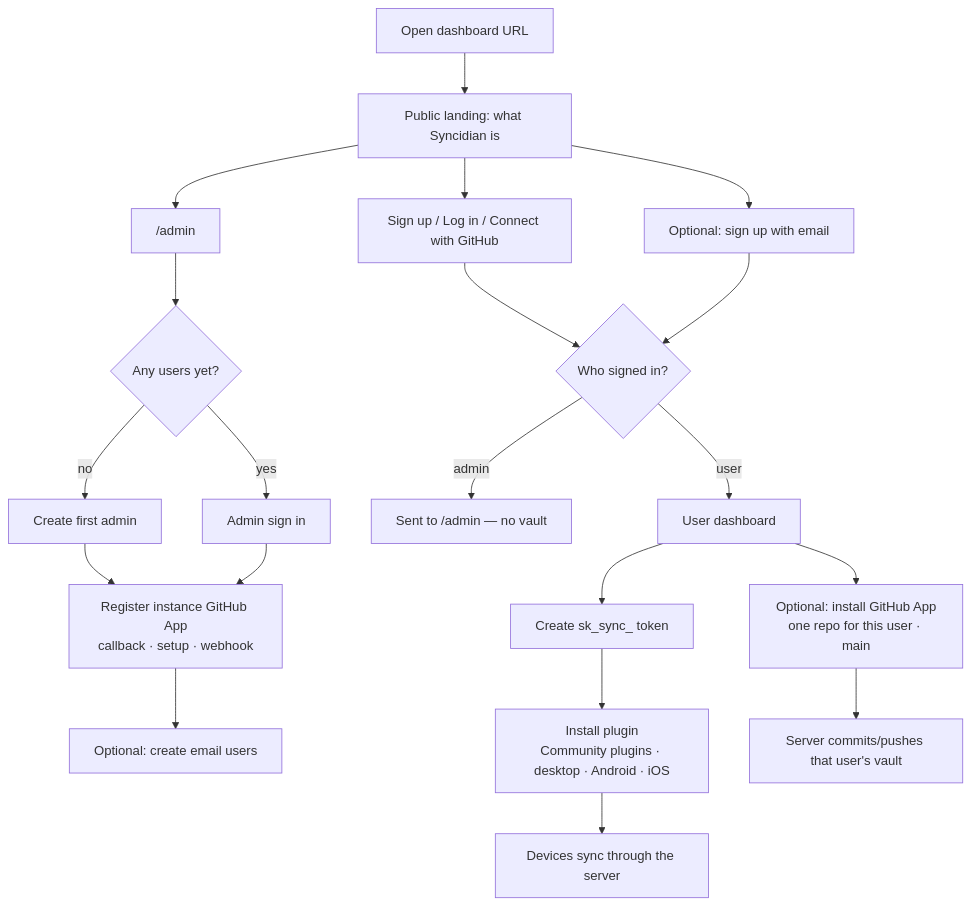
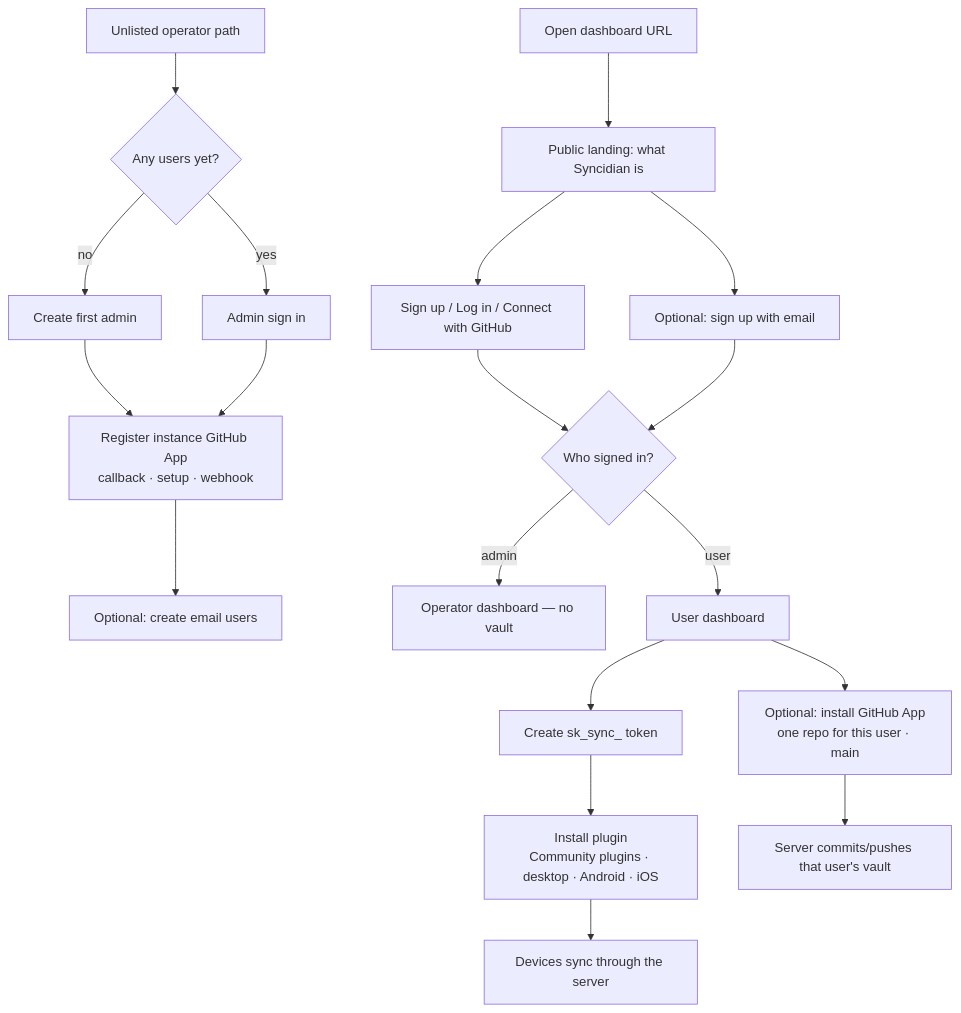
The second of 7 diagrams in README.md (shangeethsivan/Syncidian), drawn with Mermaid before and after one commit. The commit also changed other lines of this file and 15 other files, not shown here.

Commit message:
Hide operator and stats surfaces so the public site stays a simple GitHub-first landing.

````diff
--- a/README.md
+++ b/README.md
@@ -234,24 +234,22 @@
 ```mermaid
 flowchart TD
   Open["Open dashboard URL"] --> Land["Public landing: what Syncidian is"]
   Land --> GHSign["Sign up / Log in / Connect with GitHub"]
   Land --> Email["Optional: sign up with email"]
-  Land --> AdminLink["/admin"]
-
-  AdminLink --> First{"Any users yet?"}
+  Ops["Unlisted operator path"] --> First{"Any users yet?"}
   First -->|no| Admin["Create first admin"]
   First -->|yes| AdminLogin["Admin sign in"]
   Admin --> App["Register instance GitHub App<br/>callback · setup · webhook"]
   AdminLogin --> App
   App --> Users["Optional: create email users"]
 
   GHSign --> Role{"Who signed in?"}
   Email --> Role
-  Role -->|admin| AdminHome["Sent to /admin — no vault"]
+  Role -->|admin| AdminHome["Operator dashboard — no vault"]
   Role -->|user| UserHome["User dashboard"]
   UserHome --> Repo["Optional: install GitHub App<br/>one repo for this user · main"]
   UserHome --> Tok["Create sk_sync_ token"]
   Tok --> Plug["Install plugin<br/>Community plugins · desktop · Android · iOS"]
   Plug --> Sync["Devices sync through the server"]
   Repo --> Backup["Server commits/pushes that user's vault"]
 ```
````
